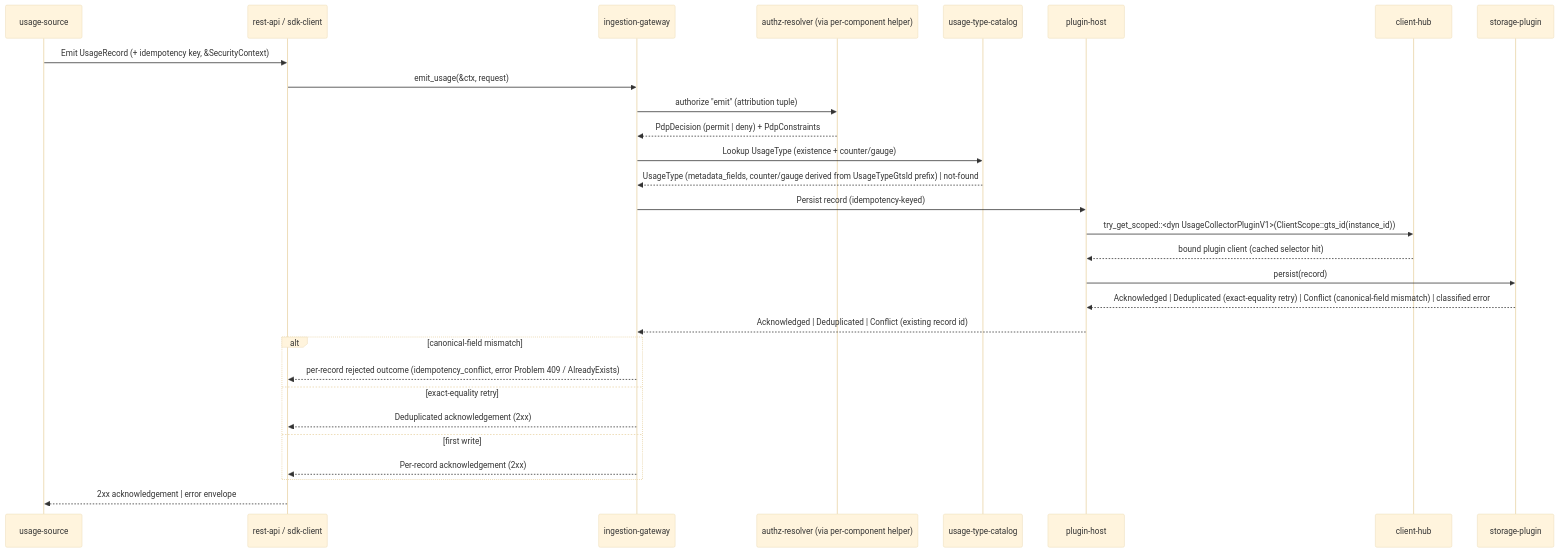
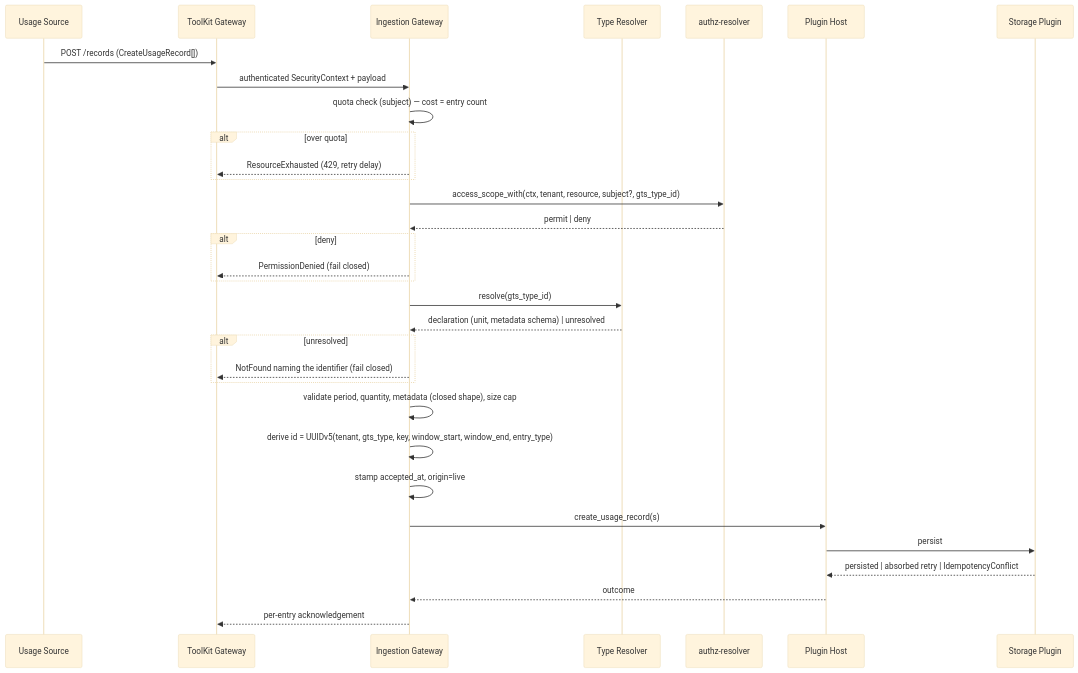
The third of 8 diagrams in gears/system/usage-collector/docs/DESIGN.md (Andrei-Iliushin-Constructor/gears-rust), drawn with Mermaid (base theme) before and after one commit. The commit also changed other lines of this file and 38 other files, not shown here.

First line of the commit message:
docs(usage-collector)!: rework the metering model

````diff
--- a/gears/system/usage-collector/docs/DESIGN.md
+++ b/gears/system/usage-collector/docs/DESIGN.md
@@ -666,31 +1617,35 @@
 ```mermaid
 sequenceDiagram
-    participant Caller as usage-source
-    participant Surface as rest-api / sdk-client
-    participant IG as ingestion-gateway
-    participant PDP as authz-resolver (via per-component helper)
-    participant MC as usage-type-catalog
-    participant PH as plugin-host
-    participant Hub as client-hub
-    participant SP as storage-plugin
-    Caller ->> Surface: Emit UsageRecord (+ idempotency key, &SecurityContext)
-    Surface ->> IG: emit_usage(&ctx, request)
-    IG ->> PDP: authorize "emit" (attribution tuple)
-    PDP -->> IG: PdpDecision (permit | deny) + PdpConstraints
-    IG ->> MC: Lookup UsageType (existence + counter/gauge)
-    MC -->> IG: UsageType (metadata_fields, counter/gauge derived from UsageTypeGtsId prefix) | not-found
-    IG ->> PH: Persist record (idempotency-keyed)
-    PH ->> Hub: try_get_scoped::<dyn UsageCollectorPluginV1>(ClientScope::gts_id(instance_id))
-    Hub -->> PH: bound plugin client (cached selector hit)
-    PH ->> SP: persist(record)
-    SP -->> PH: Acknowledged | Deduplicated (exact-equality retry) | Conflict (canonical-field mismatch) | classified error
-    PH -->> IG: Acknowledged | Deduplicated | Conflict (existing record id)
-    alt canonical-field mismatch
-        IG -->> Surface: per-record rejected outcome (idempotency_conflict, error Problem 409 / AlreadyExists)
-    else exact-equality retry
-        IG -->> Surface: Deduplicated acknowledgement (2xx)
-    else first write
-        IG -->> Surface: Per-record acknowledgement (2xx)
+    participant S as Usage Source
+    participant GW as ToolKit Gateway
+    participant IG as Ingestion Gateway
+    participant TR as Type Resolver
+    participant PDP as authz-resolver
+    participant PH as Plugin Host
+    participant P as Storage Plugin
+
+    S->>GW: POST /records (CreateUsageRecord[])
+    GW->>IG: authenticated SecurityContext + payload
+    IG->>IG: quota check (subject) — cost = entry count
+    alt over quota
+        IG-->>GW: ResourceExhausted (429, retry delay)
     end
-    Surface -->> Caller: 2xx acknowledgement | error envelope
+    IG->>PDP: access_scope_with(ctx, tenant, resource, subject?, gts_type_id)
+    PDP-->>IG: permit | deny
+    alt deny
+        IG-->>GW: PermissionDenied (fail closed)
+    end
+    IG->>TR: resolve(gts_type_id)
+    TR-->>IG: declaration (unit, metadata schema) | unresolved
+    alt unresolved
+        IG-->>GW: NotFound naming the identifier (fail closed)
+    end
+    IG->>IG: validate period, quantity, metadata (closed shape), size cap
+    IG->>IG: derive id = UUIDv5(tenant, gts_type, key, window_start, window_end, entry_type)
+    IG->>IG: stamp accepted_at, origin=live
+    IG->>PH: create_usage_record(s)
+    PH->>P: persist
+    P-->>PH: persisted | absorbed retry | IdempotencyConflict
+    PH-->>IG: outcome
+    IG-->>GW: per-entry acknowledgement
 ```
````
